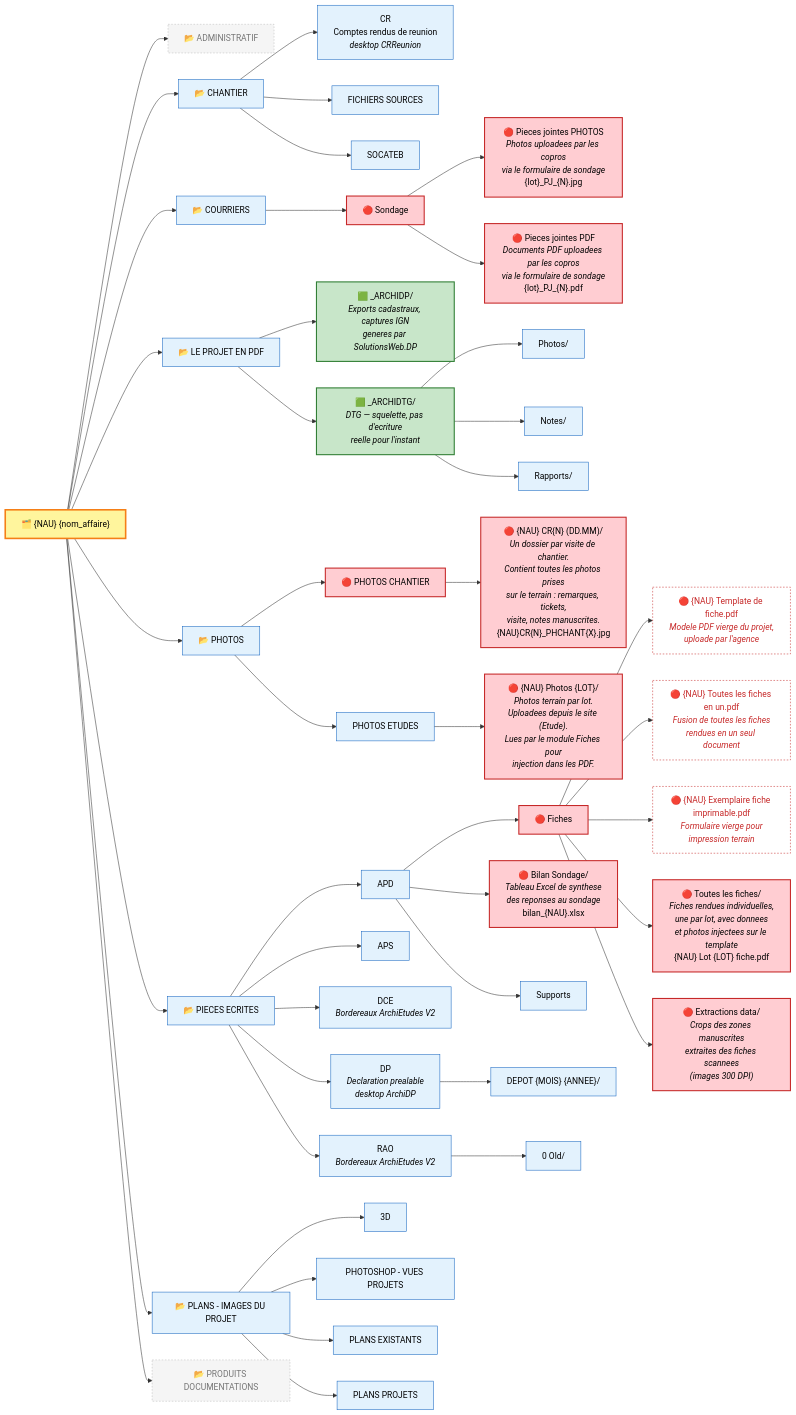
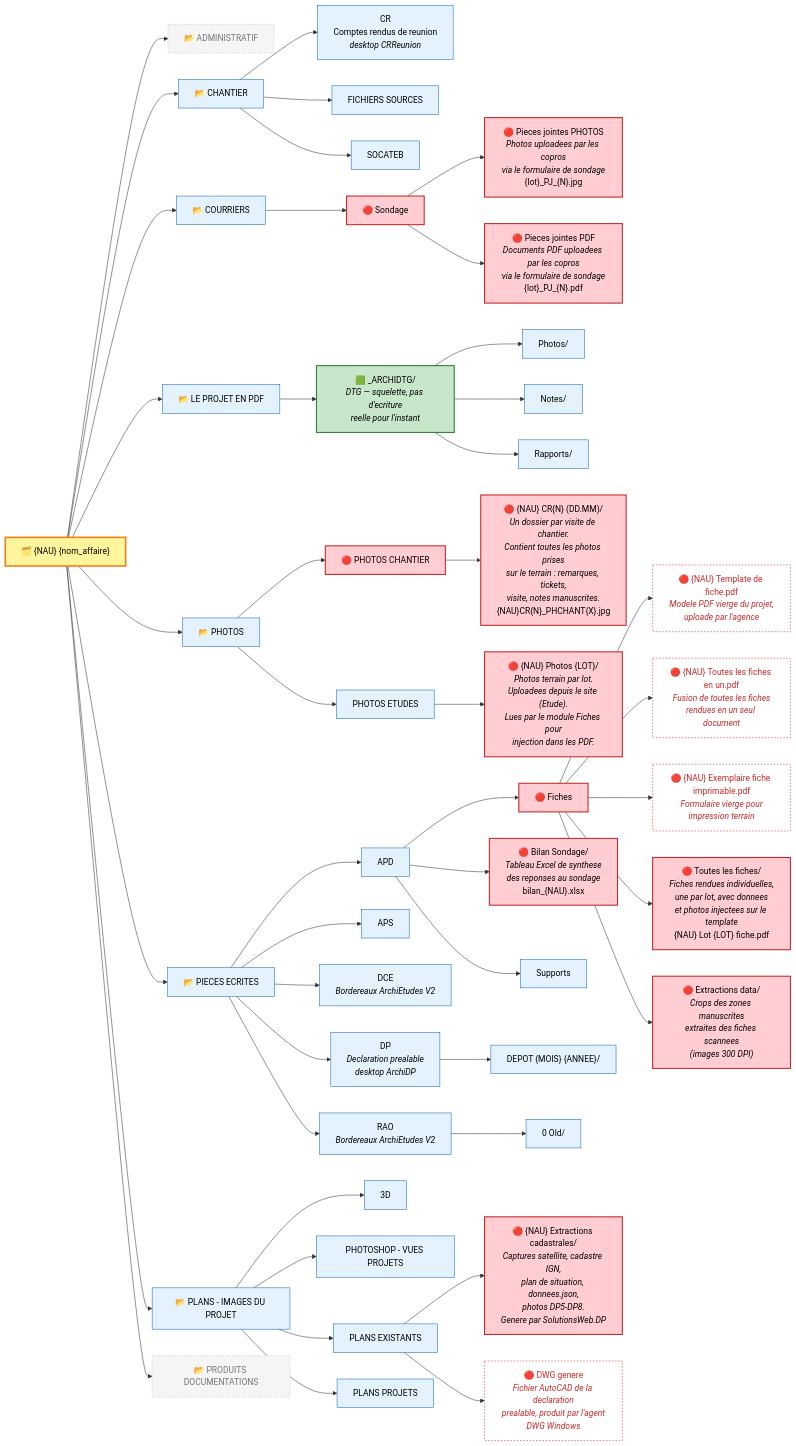
Before and after one commit to ArchiGestionV2/.github: the second of 3 diagrams in profile/README.md, drawn with Mermaid. The commit also changed other lines of this file, not shown here.

Commit message:
docs: migration DP vers arborescence native — extractions cadastrales dans PLANS EXISTANTS, _ARCHIDP vestigiel

````diff
--- a/profile/README.md
+++ b/profile/README.md
@@ -146,70 +146,72 @@
 ```mermaid
 flowchart LR
     classDef root fill:#FFF59D,stroke:#F57F17,stroke-width:3px,color:#000
     classDef folder fill:#E3F2FD,stroke:#1565C0,color:#000
     classDef web fill:#FFCDD2,stroke:#C62828,stroke-width:2px,color:#000
     classDef instance fill:#C8E6C9,stroke:#2E7D32,stroke-width:2px,color:#000
     classDef empty fill:#F5F5F5,stroke:#BDBDBD,stroke-dasharray:3 3,color:#757575
     classDef file fill:#FFF,stroke:#C62828,stroke-width:1px,color:#C62828,stroke-dasharray:3 3
 
     ROOT["🗂️ {NAU} {nom_affaire}"]:::root
 
     ROOT --> ADMIN["📂 ADMINISTRATIF"]:::empty
     ROOT --> CHANTIER["📂 CHANTIER"]:::folder
     ROOT --> COURRIERS["📂 COURRIERS"]:::folder
     ROOT --> PRJPDF["📂 LE PROJET EN PDF"]:::folder
     ROOT --> PHOTOS["📂 PHOTOS"]:::folder
     ROOT --> PE["📂 PIECES ECRITES"]:::folder
     ROOT --> PLANS["📂 PLANS - IMAGES DU PROJET"]:::folder
     ROOT --> PRODUITS["📂 PRODUITS DOCUMENTATIONS"]:::empty
 
     %% ── CHANTIER ──
     CHANTIER --> CR["CR<br/>Comptes rendus de reunion<br/><i>desktop CRReunion</i>"]:::folder
     CHANTIER --> FS["FICHIERS SOURCES"]:::folder
     CHANTIER --> SOC["SOCATEB"]:::folder
 
     %% ── COURRIERS ──
     COURRIERS --> SONDAGE["🔴 Sondage"]:::web
     SONDAGE --> PJ_PH["🔴 Pieces jointes PHOTOS<br/><i>Photos uploadees par les copros<br/>via le formulaire de sondage</i><br/>{lot}_PJ_{N}.jpg"]:::web
     SONDAGE --> PJ_PDF["🔴 Pieces jointes PDF<br/><i>Documents PDF uploadees par les copros<br/>via le formulaire de sondage</i><br/>{lot}_PJ_{N}.pdf"]:::web
 
     %% ── LE PROJET EN PDF ──
-    PRJPDF --> ARCHI_DP["🟩 _ARCHIDP/<br/><i>Exports cadastraux, captures IGN<br/>generes par SolutionsWeb.DP</i>"]:::instance
     PRJPDF --> ARCHI_DTG["🟩 _ARCHIDTG/<br/><i>DTG — squelette, pas d'ecriture<br/>reelle pour l'instant</i>"]:::instance
     ARCHI_DTG --> ADTG_PH["Photos/"]:::folder
     ARCHI_DTG --> ADTG_NT["Notes/"]:::folder
     ARCHI_DTG --> ADTG_RP["Rapports/"]:::folder
 
     %% ── PHOTOS ──
     PHOTOS --> PHCHAN["🔴 PHOTOS CHANTIER"]:::web
     PHCHAN --> PHCR["🔴 {NAU} CR{N} (DD.MM)/<br/><i>Un dossier par visite de chantier.<br/>Contient toutes les photos prises<br/>sur le terrain : remarques, tickets,<br/>visite, notes manuscrites.</i><br/>{NAU}CR{N}_PHCHANT{X}.jpg"]:::web
 
     PHOTOS --> PHET["PHOTOS ETUDES"]:::folder
     PHET --> PHET_LOT["🔴 {NAU} Photos {LOT}/<br/><i>Photos terrain par lot.<br/>Uploadees depuis le site (Etude).<br/>Lues par le module Fiches pour<br/>injection dans les PDF.</i>"]:::web
 
     %% ── PIECES ECRITES ──
     PE --> APD["APD"]:::folder
     PE --> APS["APS"]:::folder
     PE --> DCE["DCE<br/><i>Bordereaux ArchiEtudes V2</i>"]:::folder
     PE --> DP["DP<br/><i>Declaration prealable<br/>desktop ArchiDP</i>"]:::folder
     PE --> RAO["RAO<br/><i>Bordereaux ArchiEtudes V2</i>"]:::folder
 
     APD --> FICHES["🔴 Fiches"]:::web
     FICHES --> F_TPL["🔴 {NAU} Template de fiche.pdf<br/><i>Modele PDF vierge du projet,<br/>uploade par l'agence</i>"]:::file
     FICHES --> F_ALL["🔴 {NAU} Toutes les fiches en un.pdf<br/><i>Fusion de toutes les fiches<br/>rendues en un seul document</i>"]:::file
     FICHES --> F_IMP["🔴 {NAU} Exemplaire fiche imprimable.pdf<br/><i>Formulaire vierge pour<br/>impression terrain</i>"]:::file
     FICHES --> FICHES_LOTS["🔴 Toutes les fiches/<br/><i>Fiches rendues individuelles,<br/>une par lot, avec donnees<br/>et photos injectees sur le template</i><br/>{NAU} Lot {LOT} fiche.pdf"]:::web
     FICHES --> FICHES_EXT["🔴 Extractions data/<br/><i>Crops des zones manuscrites<br/>extraites des fiches scannees<br/>(images 300 DPI)</i>"]:::web
 
     APD --> BILAN_S["🔴 Bilan Sondage/<br/><i>Tableau Excel de synthese<br/>des reponses au sondage</i><br/>bilan_{NAU}.xlsx"]:::web
     APD --> APD_SUPPORTS["Supports"]:::folder
 
     %% ── PLANS ──
     PLANS --> PL3D["3D"]:::folder
     PLANS --> PLPS["PHOTOSHOP - VUES PROJETS"]:::folder
     PLANS --> PLEX["PLANS EXISTANTS"]:::folder
     PLANS --> PLPR["PLANS PROJETS"]:::folder
 
+    PLEX --> PLEX_EXT["🔴 {NAU} Extractions cadastrales/<br/><i>Captures satellite, cadastre IGN,<br/>plan de situation, donnees.json,<br/>photos DP5-DP8.<br/>Genere par SolutionsWeb.DP</i>"]:::web
+    PLEX --> PLEX_DWG["🔴 DWG genere<br/><i>Fichier AutoCAD de la declaration<br/>prealable, produit par l'agent<br/>DWG Windows</i>"]:::file
+
     DP --> DP_DEPOT["DEPOT {MOIS} {ANNEE}/"]:::folder
     RAO --> RAO_OLD["0 Old/"]:::folder
 ```
````
